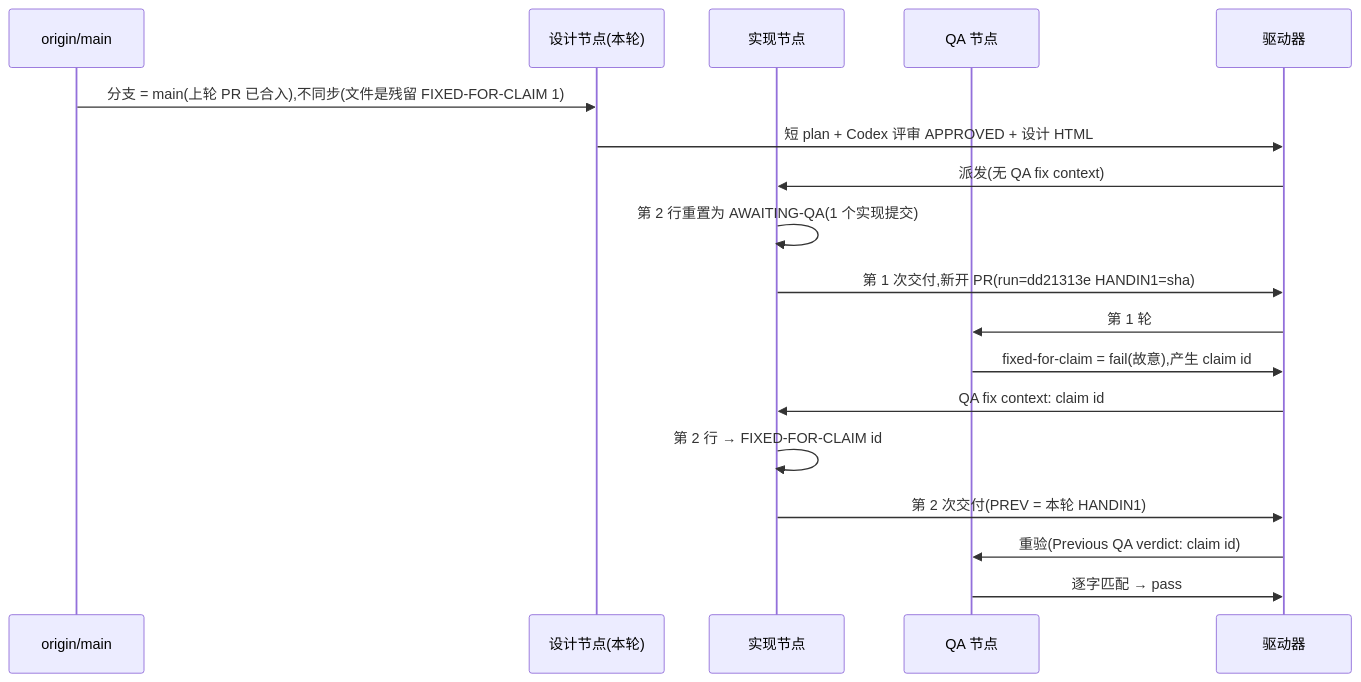
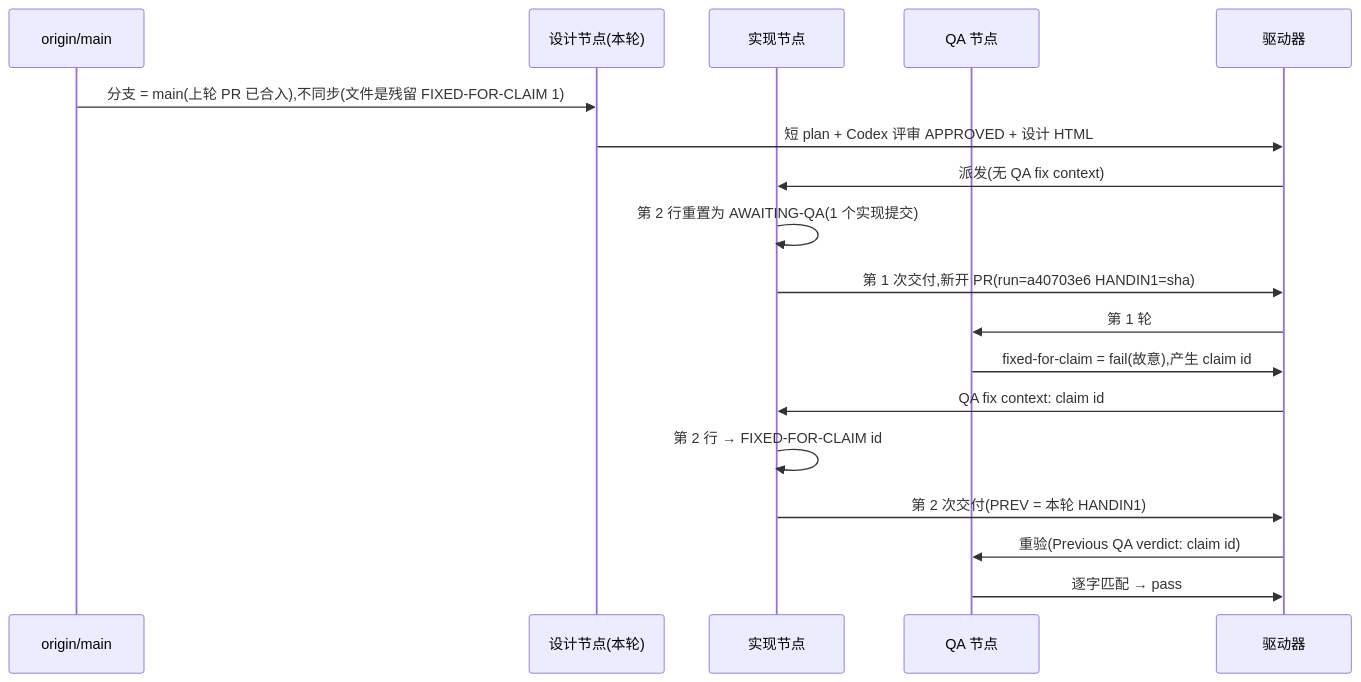
Before and after one commit to xrliAnnie/flywheel-qa-sandbox: the diagram in engineering/doc/FLY-3150-real-runner-drill/d1-core-flow.mmd, drawn with Mermaid. The commit also changed 5 other files, not shown here.

```diff
--- a/engineering/doc/FLY-3150-real-runner-drill/d1-core-flow.mmd
+++ b/engineering/doc/FLY-3150-real-runner-drill/d1-core-flow.mmd
@@ -1,18 +1,18 @@
 sequenceDiagram
     participant M as origin/main
     participant S as 设计节点(本轮)
     participant I as 实现节点
     participant Q as QA 节点
     participant D as 驱动器
     M->>S: 分支 = main(上轮 PR 已合入),不同步(文件是残留 FIXED-FOR-CLAIM 1)
     S->>D: 短 plan + Codex 评审 APPROVED + 设计 HTML
     D->>I: 派发(无 QA fix context)
     I->>I: 第 2 行重置为 AWAITING-QA(1 个实现提交)
-    I->>D: 第 1 次交付,新开 PR(run=dd21313e HANDIN1=sha)
+    I->>D: 第 1 次交付,新开 PR(run=a40703e6 HANDIN1=sha)
     D->>Q: 第 1 轮
     Q->>D: fixed-for-claim = fail(故意),产生 claim id
     D->>I: QA fix context: claim id
     I->>I: 第 2 行 → FIXED-FOR-CLAIM id
     I->>D: 第 2 次交付(PREV = 本轮 HANDIN1)
     D->>Q: 重验(Previous QA verdict: claim id)
     Q->>D: 逐字匹配 → pass
```
